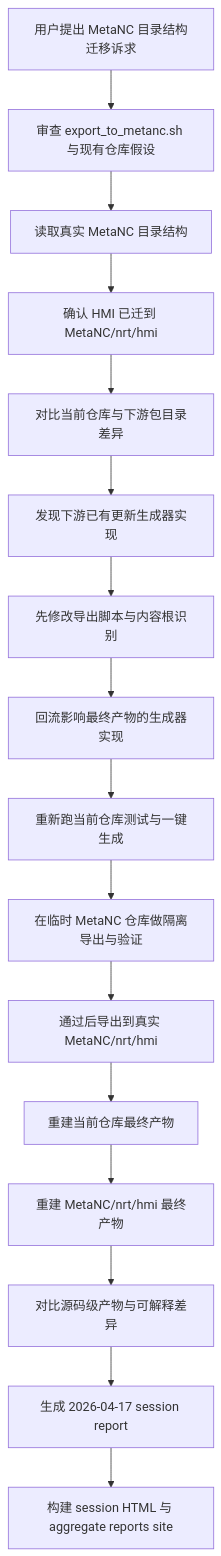
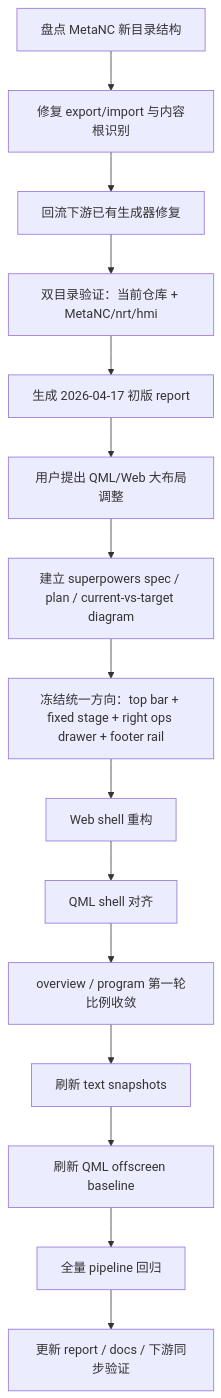
The diagram in 2026-04-17-codex-session/workflow-diagram.md (luppiterw/metanc_hmi_dsl_reports), drawn with Mermaid before and after one commit. The commit also changed 6 other files, not shown here.

Commit message:
docs: expand 2026-04-17 session report

````diff
--- a/2026-04-17-codex-session/workflow-diagram.md
+++ b/2026-04-17-codex-session/workflow-diagram.md
@@ -3,18 +3,17 @@
 ```mermaid
 flowchart TD
-    U[用户提出 MetaNC 目录结构迁移诉求] --> A[审查 export_to_metanc.sh 与现有仓库假设]
-    A --> B[读取真实 MetaNC 目录结构]
-    B --> C[确认 HMI 已迁到 MetaNC/nrt/hmi]
-    C --> D[对比当前仓库与下游包目录差异]
-    D --> E[发现下游已有更新生成器实现]
-    E --> F[先修改导出脚本与内容根识别]
-    F --> G[回流影响最终产物的生成器实现]
-    G --> H[重新跑当前仓库测试与一键生成]
-    H --> I[在临时 MetaNC 仓库做隔离导出与验证]
-    I --> J[通过后导出到真实 MetaNC/nrt/hmi]
-    J --> K[重建当前仓库最终产物]
-    K --> L[重建 MetaNC/nrt/hmi 最终产物]
-    L --> M[对比源码级产物与可解释差异]
-    M --> N[生成 2026-04-17 session report]
-    N --> O[构建 session HTML 与 aggregate reports site]
+    A[盘点 MetaNC 新目录结构] --> B[修复 export/import 与内容根识别]
+    B --> C[回流下游已有生成器修复]
+    C --> D[双目录验证：当前仓库 + MetaNC/nrt/hmi]
+    D --> E[生成 2026-04-17 初版 report]
+    E --> F[用户提出 QML/Web 大布局调整]
+    F --> G[建立 superpowers spec / plan / current-vs-target diagram]
+    G --> H[冻结统一方向：top bar + fixed stage + right ops drawer + footer rail]
+    H --> I[Web shell 重构]
+    I --> J[QML shell 对齐]
+    J --> K[overview / program 第一轮比例收敛]
+    K --> L[刷新 text snapshots]
+    L --> M[刷新 QML offscreen baseline]
+    M --> N[全量 pipeline 回归]
+    N --> O[更新 report / docs / 下游同步验证]
 ```
````
